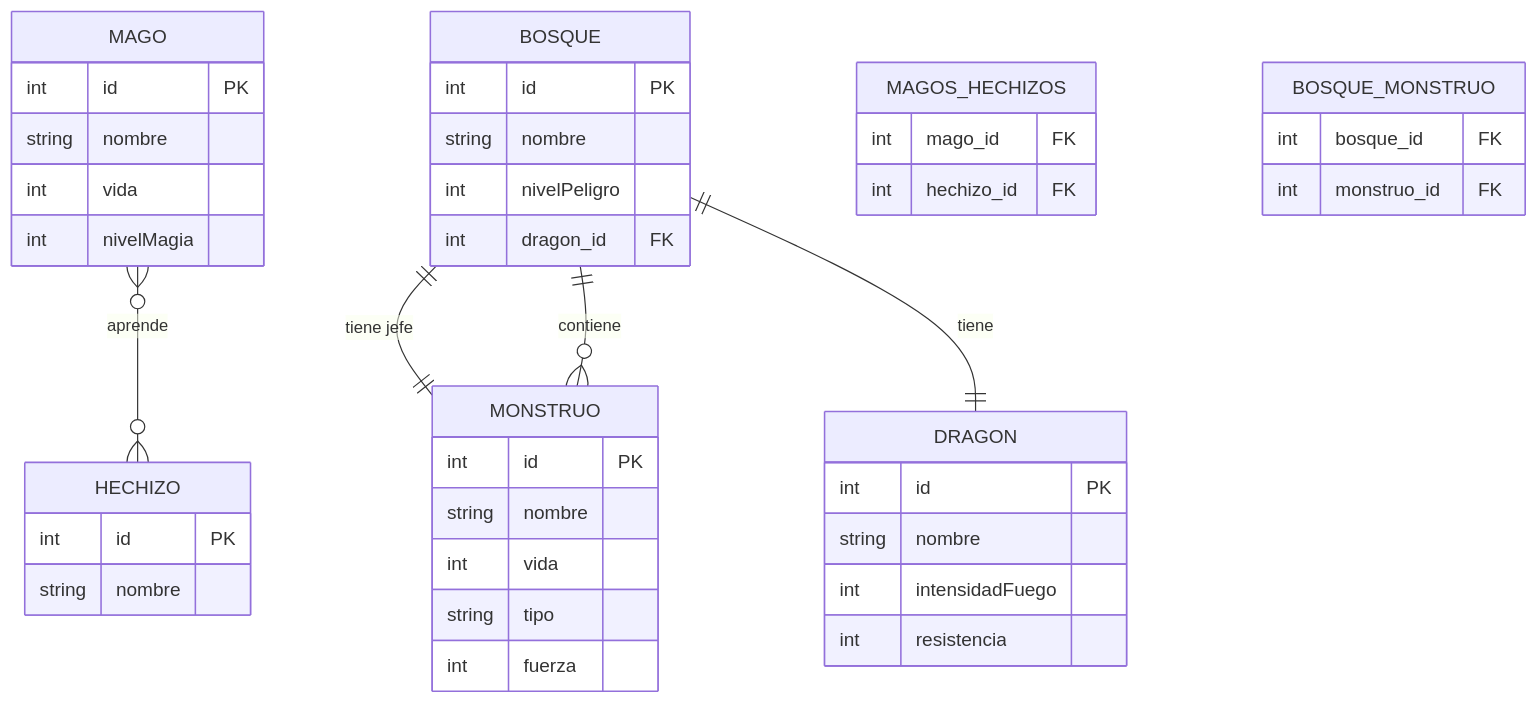
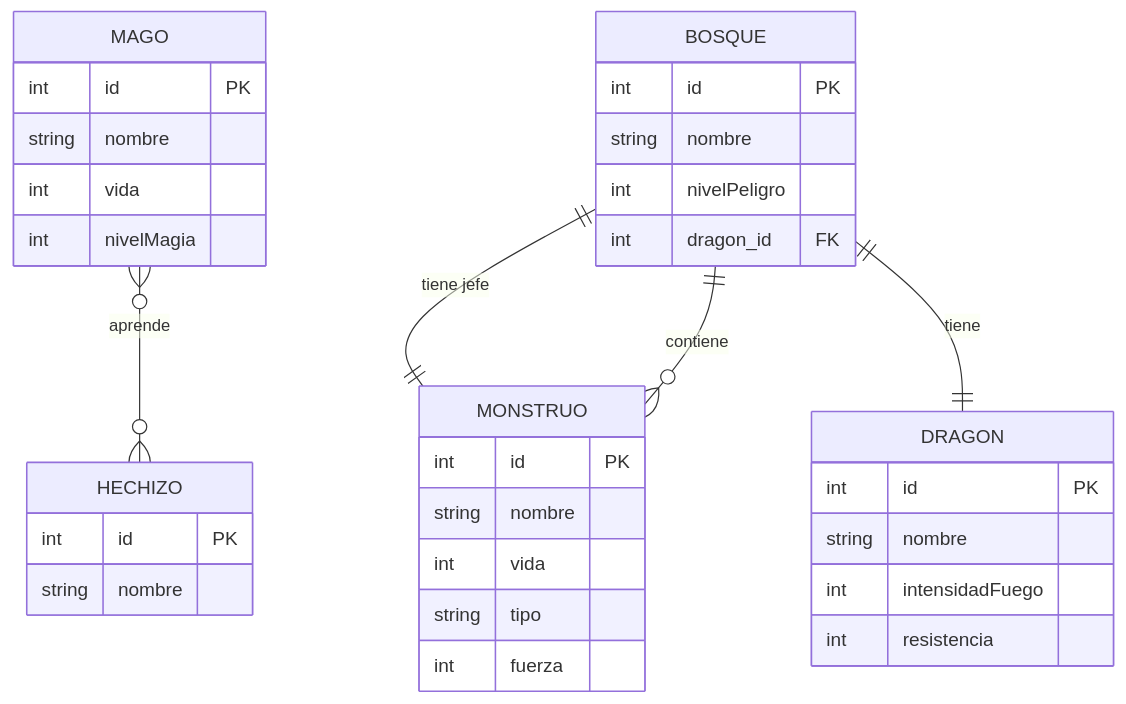
One commit to a24yaniravc/dragolandia changed the second of 2 diagrams in README.md. Above: the diagram before and after it, drawn with Mermaid. The commit also changed 48 other files, not shown here.

````diff
--- a/README.md
+++ b/README.md
@@ -207,53 +207,43 @@
 ```mermaid
 erDiagram
 direction TB
 
 MAGO {
     int id PK
     string nombre
     int vida
     int nivelMagia
 }
 
 MONSTRUO {
     int id PK
     string nombre
     int vida
     string tipo
     int fuerza
 }
 
 BOSQUE {
     int id PK
     string nombre
     int nivelPeligro
     int dragon_id FK
 }
 
 DRAGON {
     int id PK
     string nombre
     int intensidadFuego
     int resistencia
 }
 
 HECHIZO {
     int id PK
     string nombre
 }
 
-MAGOS_HECHIZOS {
-    int mago_id FK
-    int hechizo_id FK
-}
-
-BOSQUE_MONSTRUO {
-    int bosque_id FK
-    int monstruo_id FK
-}
-
 BOSQUE ||--|| MONSTRUO : "tiene jefe"
 BOSQUE ||--o{ MONSTRUO : "contiene"
 BOSQUE ||--|| DRAGON : "tiene"
 MAGO }o--o{ HECHIZO : "aprende"
 ```
````
